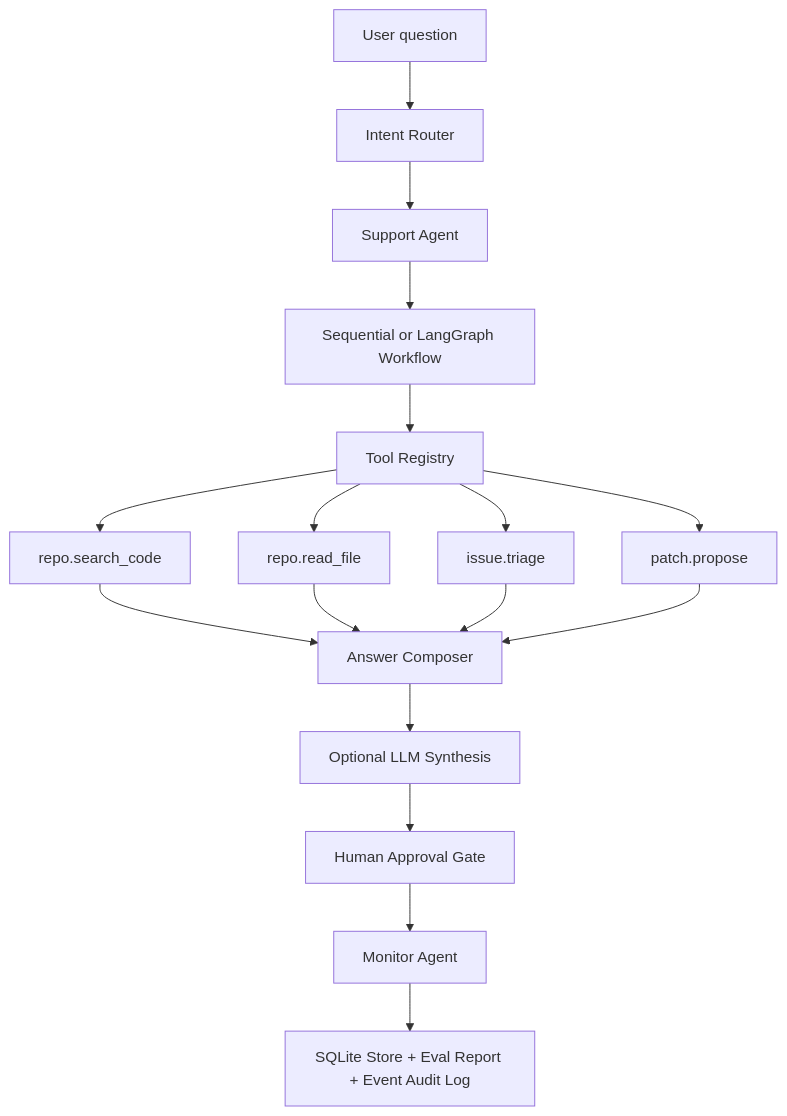
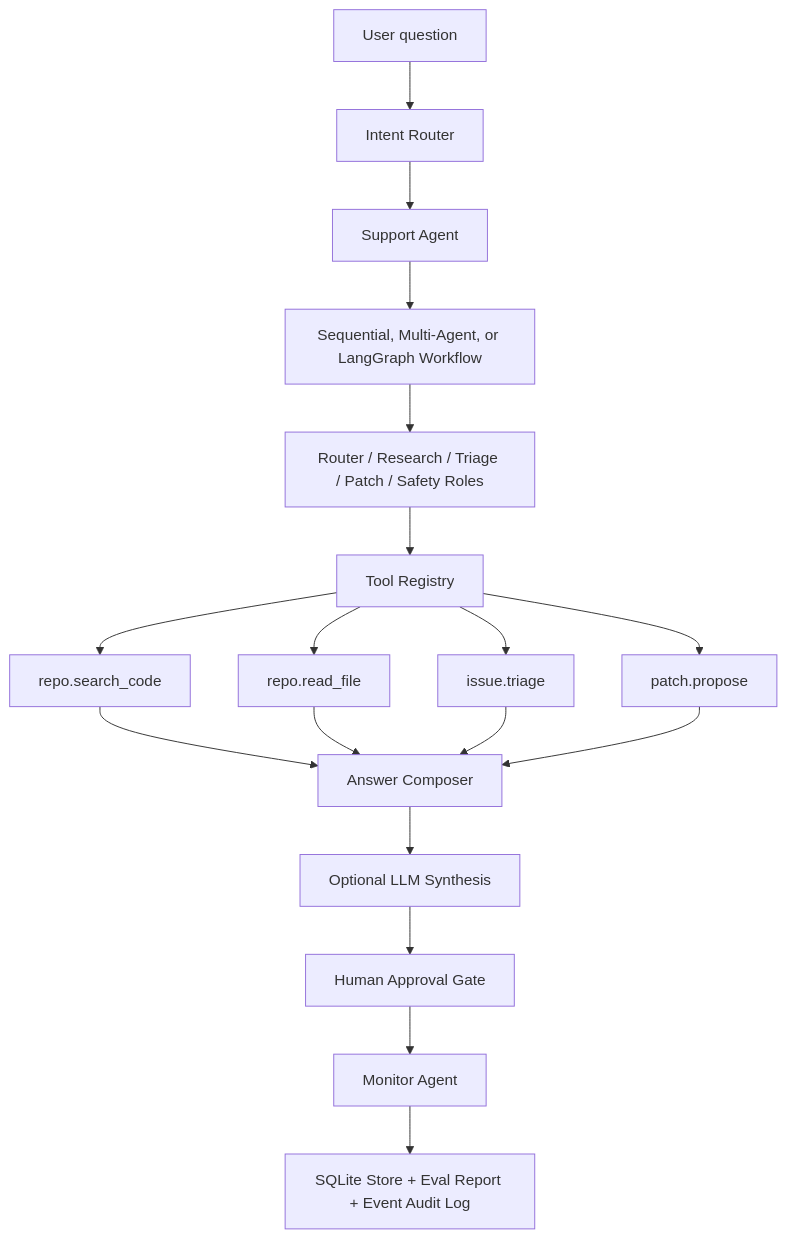
Before and after one commit to doushiersheng/openrepo-support-agent: the diagram in README.md, drawn with Mermaid. The commit also changed other lines of this file and 8 other files, not shown here.

Commit message:
Add auditable multi-agent workflow

````diff
--- a/README.md
+++ b/README.md
@@ -163,19 +175,20 @@
 ```mermaid
 flowchart TD
     U["User question"] --> R["Intent Router"]
     R --> P["Support Agent"]
-    P --> W["Sequential or LangGraph Workflow"]
-    W --> T["Tool Registry"]
+    P --> W["Sequential, Multi-Agent, or LangGraph Workflow"]
+    W --> G["Router / Research / Triage / Patch / Safety Roles"]
+    G --> T["Tool Registry"]
     T --> S["repo.search_code"]
     T --> F["repo.read_file"]
     T --> I["issue.triage"]
     T --> X["patch.propose"]
     S --> A["Answer Composer"]
     F --> A
     I --> A
     X --> A
     A --> O["Optional LLM Synthesis"]
     O --> H["Human Approval Gate"]
     H --> M["Monitor Agent"]
     M --> L["SQLite Store + Eval Report + Event Audit Log"]
 ```
````
